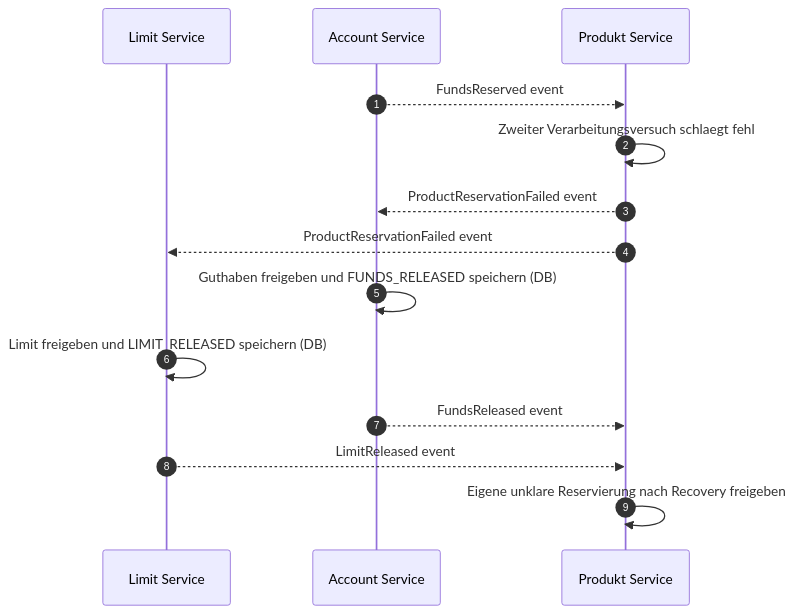
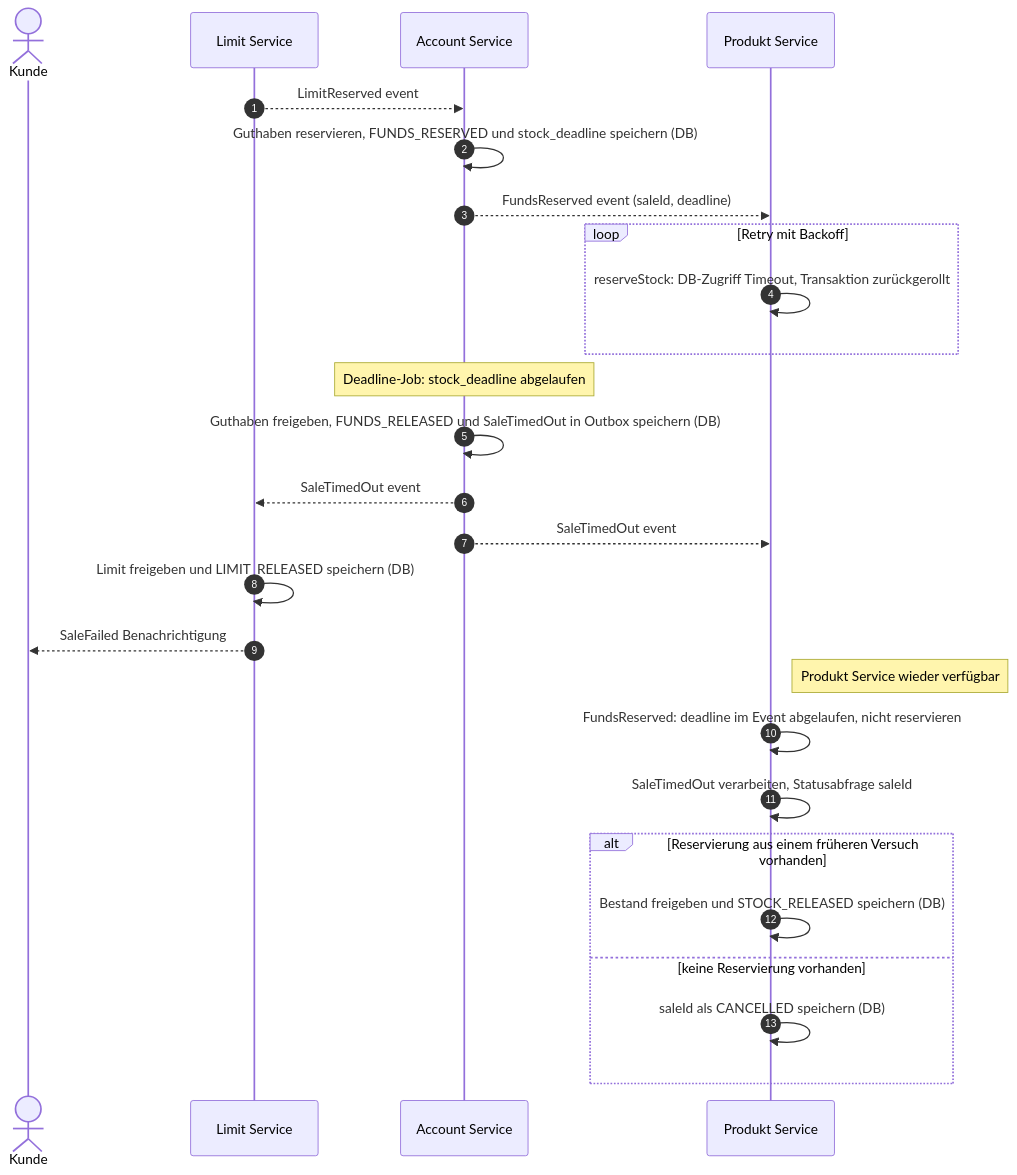
Diagram 24 of 30 in project-2/abgabe_projekt_2.md (Adrian-Hansen-dev/second-hand-ticket-app), drawn with Mermaid before and after one commit. The commit also changed other lines of this file, not shown here.

First line of the commit message:
Projekt 2: Timeout in der Choreographie über Frist

````diff
--- a/project-2/abgabe_projekt_2.md
+++ b/project-2/abgabe_projekt_2.md
@@ -800,17 +825,29 @@
 ```mermaid
 sequenceDiagram
     autonumber
+    actor Kunde
     participant LS as Limit Service
     participant AS as Account Service
     participant PS as Produkt Service
 
-    AS-->>PS: FundsReserved event
-    PS->>PS: Zweiter Verarbeitungsversuch schlaegt fehl
-    PS-->>AS: ProductReservationFailed event
-    PS-->>LS: ProductReservationFailed event
-    AS->>AS: Guthaben freigeben und FUNDS_RELEASED speichern (DB)
+    LS-->>AS: LimitReserved event
+    AS->>AS: Guthaben reservieren, FUNDS_RESERVED und stock_deadline speichern (DB)
+    AS-->>PS: FundsReserved event (saleId, deadline)
+    loop Retry mit Backoff
+        PS->>PS: reserveStock: DB-Zugriff Timeout, Transaktion zurückgerollt
+    end
+    Note over AS: Deadline-Job: stock_deadline abgelaufen
+    AS->>AS: Guthaben freigeben, FUNDS_RELEASED und SaleTimedOut in Outbox speichern (DB)
+    AS-->>LS: SaleTimedOut event
+    AS-->>PS: SaleTimedOut event
     LS->>LS: Limit freigeben und LIMIT_RELEASED speichern (DB)
-    AS-->>PS: FundsReleased event
-    LS-->>PS: LimitReleased event
-    PS->>PS: Eigene unklare Reservierung nach Recovery freigeben
+    LS-->>Kunde: SaleFailed Benachrichtigung
+    Note right of PS: Produkt Service wieder verfügbar
+    PS->>PS: FundsReserved: deadline im Event abgelaufen, nicht reservieren
+    PS->>PS: SaleTimedOut verarbeiten, Statusabfrage saleId
+    alt Reservierung aus einem früheren Versuch vorhanden
+        PS->>PS: Bestand freigeben und STOCK_RELEASED speichern (DB)
+    else keine Reservierung vorhanden
+        PS->>PS: saleId als CANCELLED speichern (DB)
+    end
 ```
````
